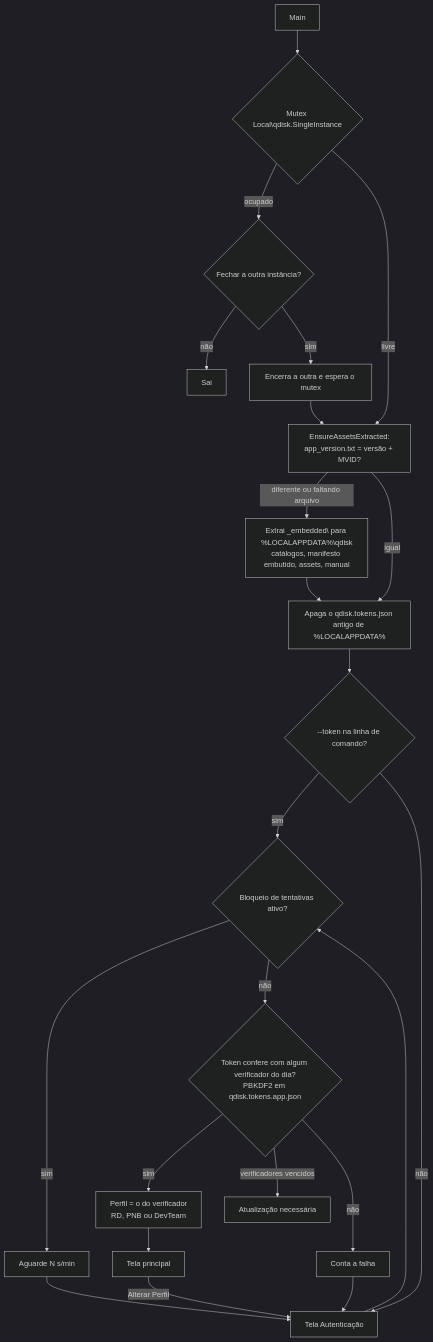
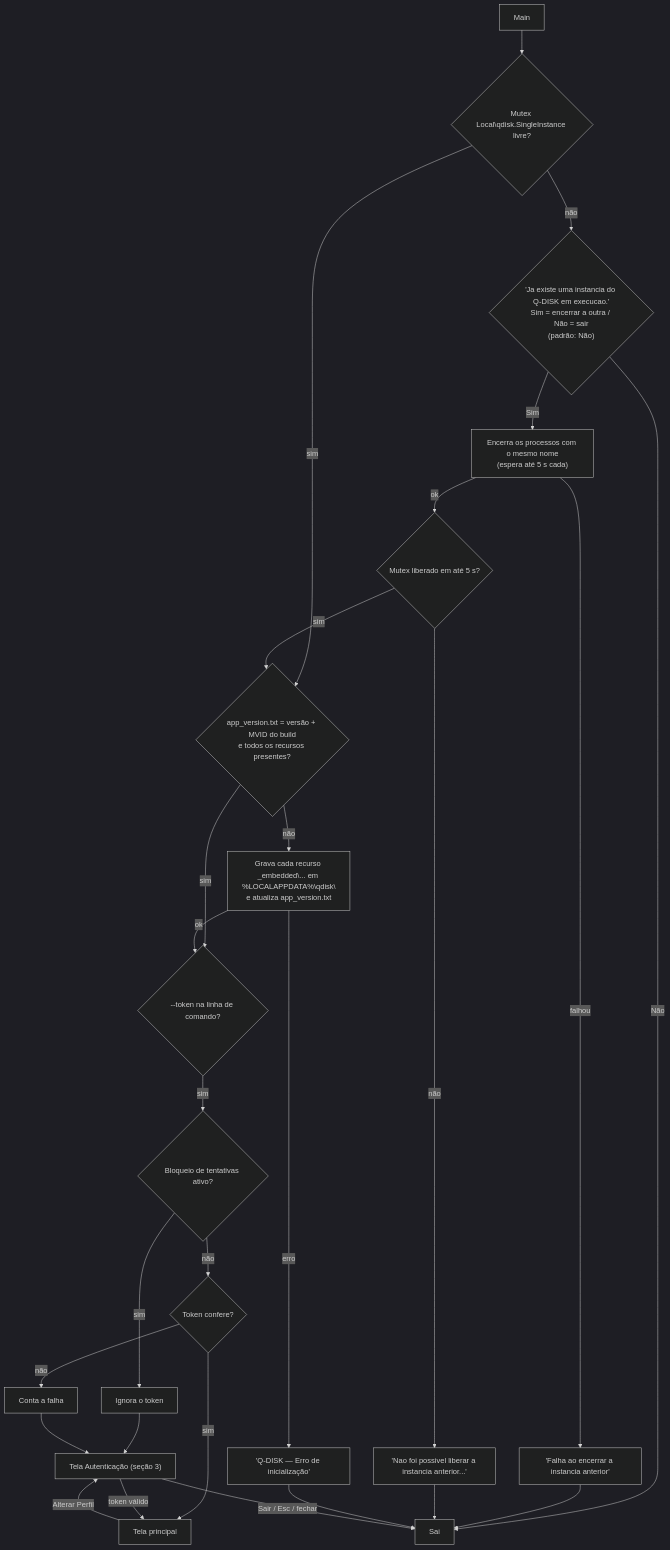
The second of 15 diagrams in docs/FLUXOS_APP.md (MarceloSobral-Quallit/Q-DISK), drawn with Mermaid (dark theme) before and after one commit. The commit also changed other lines of this file, not shown here.

````diff
--- a/docs/FLUXOS_APP.md
+++ b/docs/FLUXOS_APP.md
@@ -34,20 +50,24 @@
 ```mermaid
 flowchart TD
-    S[Main] --> M{Mutex Local\qdisk.SingleInstance}
-    M -- ocupado --> Q{Fechar a outra instância?}
-    Q -- não --> X[Sai]
-    Q -- sim --> K[Encerra a outra e espera o mutex] --> E
-    M -- livre --> E[EnsureAssetsExtracted:<br/>app_version.txt = versão + MVID?]
-    E -- diferente ou faltando arquivo --> W[Extrai _embedded\ para %LOCALAPPDATA%\qdisk<br/>catálogos, manifesto embutido, assets, manual]
-    E -- igual --> L
-    W --> L[Apaga o qdisk.tokens.json antigo de %LOCALAPPDATA%]
-    L --> T{--token na linha de comando?}
-    T -- sim --> V
-    T -- não --> P[Tela Autenticação] --> V{Bloqueio de tentativas ativo?}
-    V -- sim --> A[Aguarde N s/min] --> P
-    V -- não --> R{Token confere com algum verificador do dia?<br/>PBKDF2 em qdisk.tokens.app.json}
-    R -- sim --> OK[Perfil = o do verificador<br/>RD, PNB ou DevTeam] --> MF[Tela principal]
-    R -- verificadores vencidos --> U[Atualização necessária]
-    R -- não --> F[Conta a falha] --> P
-    MF -- Alterar Perfil --> P
+    S["Main"] --> M{"Mutex Local\qdisk.SingleInstance livre?"}
+    M -- "sim" --> E
+    M -- "não" --> Q{"'Ja existe uma instancia do Q-DISK em execucao.'<br/>Sim = encerrar a outra / Não = sair<br/>(padrão: Não)"}
+    Q -- "Não" --> X["Sai"]
+    Q -- "Sim" --> K["Encerra os processos com o mesmo nome<br/>(espera até 5 s cada)"]
+    K -- "falhou" --> KX["'Falha ao encerrar a instancia anterior'"] --> X
+    K -- "ok" --> W{"Mutex liberado em até 5 s?"}
+    W -- "não" --> WX["'Nao foi possivel liberar a instancia anterior...'"] --> X
+    W -- "sim" --> E{"app_version.txt = versão + MVID do build<br/>e todos os recursos presentes?"}
+    E -- "sim" --> T
+    E -- "não" --> R["Grava cada recurso _embedded\... em %LOCALAPPDATA%\qdisk\<br/>e atualiza app_version.txt"]
+    R -- "erro" --> RX["'Q-DISK — Erro de inicialização'"] --> X
+    R -- "ok" --> T{"--token na linha de comando?"}
+    T -- "sim" --> L{"Bloqueio de tentativas ativo?"}
+    L -- "sim" --> P["Ignora o token"] --> F
+    L -- "não" --> V{"Token confere?"}
+    V -- "sim" --> MF["Tela principal"]
+    V -- "não" --> C["Conta a falha"] --> F["Tela Autenticação (seção 3)"]
+    MF -- "Alterar Perfil" --> F
+    F -- "token válido" --> MF
+    F -- "Sair / Esc / fechar" --> X
 ```
````
